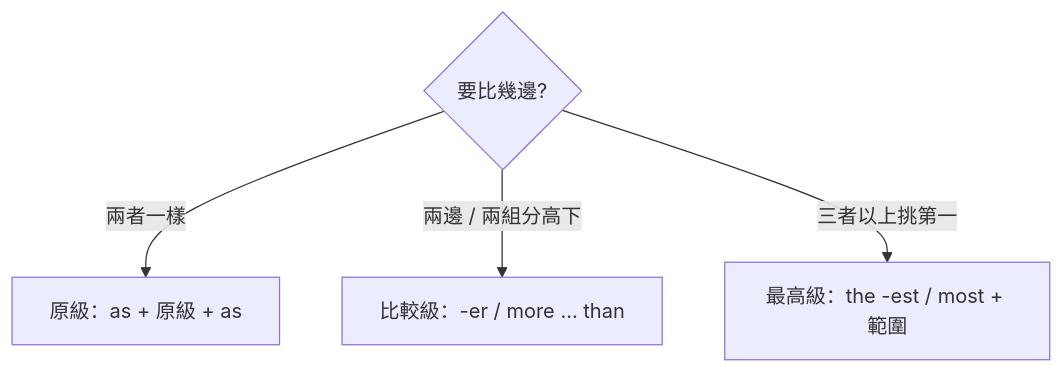
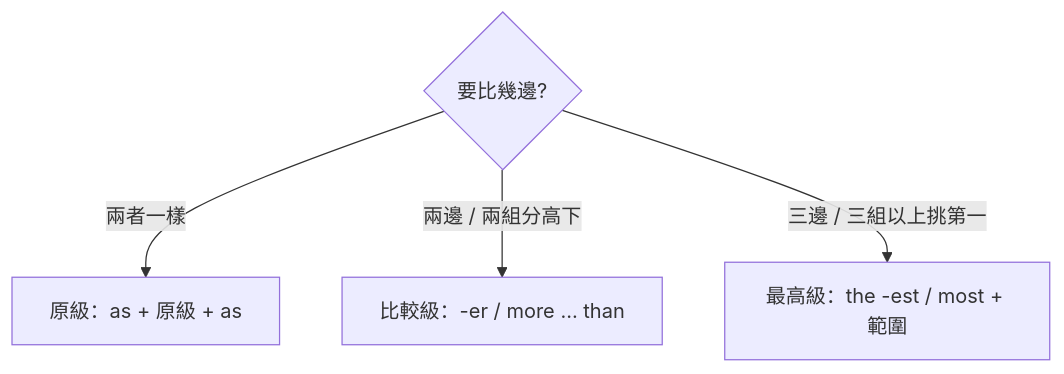
Before and after one commit to aquariusCCA/english-learning-system: the diagram in 02 謝孟媛英文文法/初級文法/07 比較.md, drawn with Mermaid. The commit also changed other lines of this file, not shown here.

````diff
--- a/02 謝孟媛英文文法/初級文法/07 比較.md
+++ b/02 謝孟媛英文文法/初級文法/07 比較.md
@@ -28,6 +28,6 @@
 ```mermaid
 graph TD
   C{要比幾邊?} -->|兩者一樣| A["原級：as + 原級 + as"]
   C -->|兩邊 / 兩組分高下| B["比較級：-er / more … than"]
-  C -->|三者以上挑第一| S["最高級：the -est / most + 範圍"]
+  C -->|三邊 / 三組以上挑第一| S["最高級：the -est / most + 範圍"]
 ```
````
